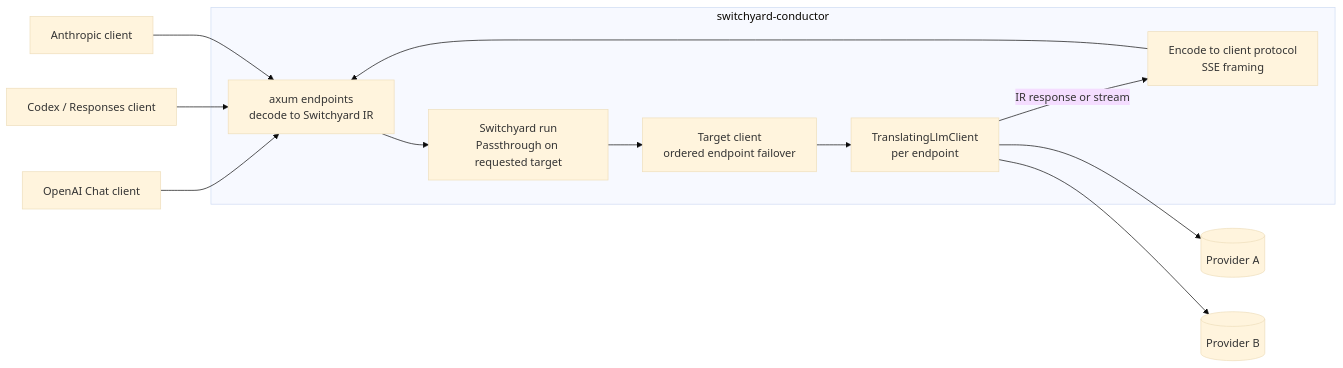
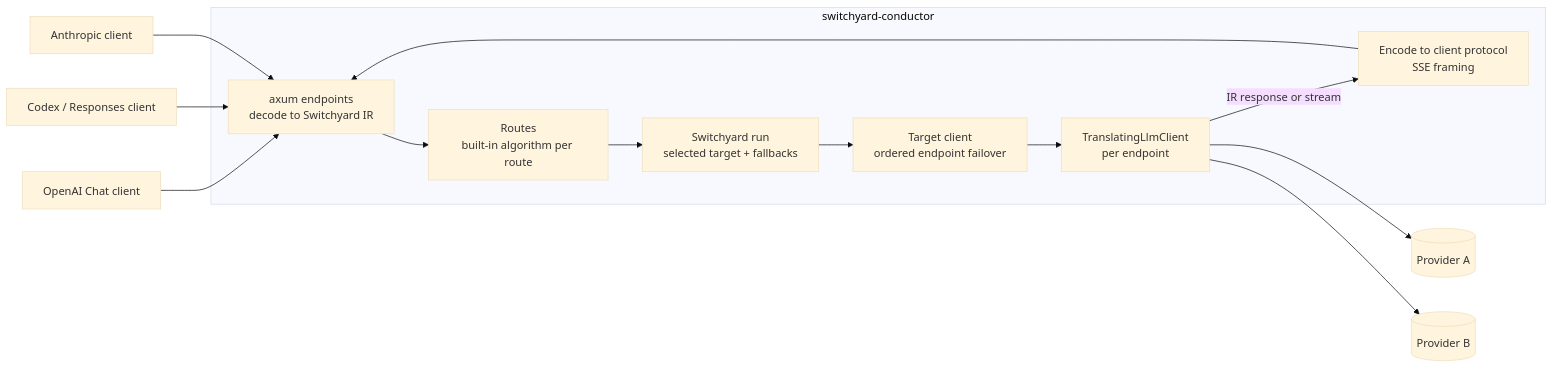
Before and after one commit to gschaetz/humpyard: the first of 2 diagrams in docs/architecture.md, drawn with Mermaid (base theme). The commit also changed other lines of this file and 8 other files, not shown here.

Commit message:
Serve routes: passthrough, random, stage_router, llm_classifier with sessions and fallbacks

````diff
--- a/docs/architecture.md
+++ b/docs/architecture.md
@@ -25,15 +25,16 @@
 ```mermaid
 flowchart LR
     C1[OpenAI Chat client] --> API
     C2[Codex / Responses client] --> API
     C3[Anthropic client] --> API
     subgraph GW[switchyard-conductor]
-        API[axum endpoints<br/>decode to Switchyard IR] --> RUN[Switchyard run<br/>Passthrough on requested target]
+        API[axum endpoints<br/>decode to Switchyard IR] --> RT[Routes<br/>built-in algorithm per route]
+        RT --> RUN[Switchyard run<br/>selected target + fallbacks]
         RUN --> TC[Target client<br/>ordered endpoint failover]
         TC --> EC[TranslatingLlmClient<br/>per endpoint]
         EC -->|IR response or stream| ENC[Encode to client protocol<br/>SSE framing]
         ENC --> API
     end
     EC --> P1[(Provider A)]
     EC --> P2[(Provider B)]
 ```
````
